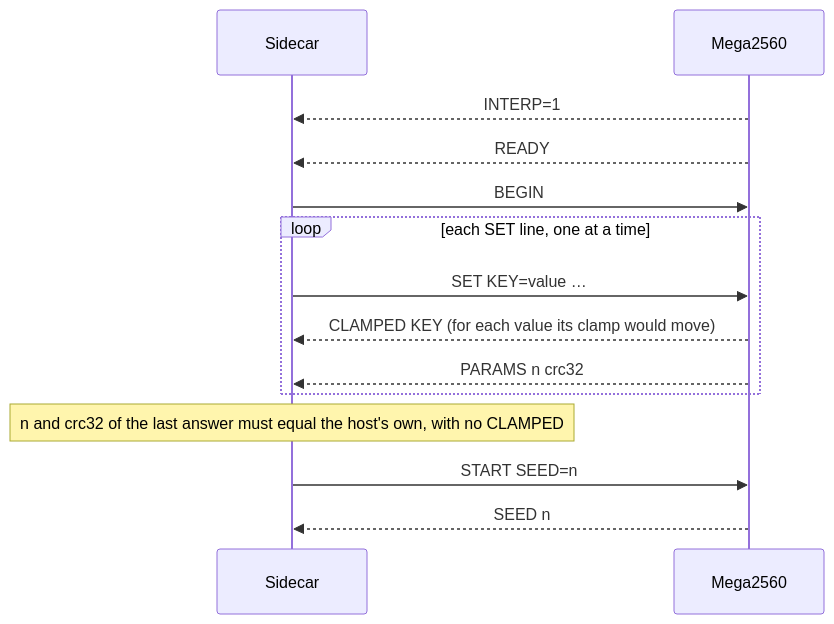
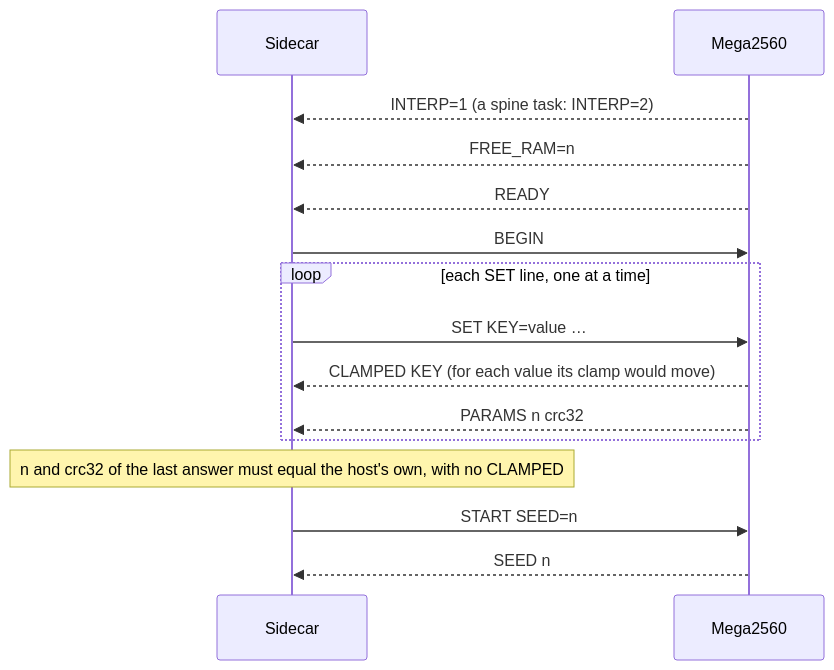
The sixth of 7 diagrams in docs/TASKS.md (Chase-NJ/Ephymeris), drawn with Mermaid before and after one commit. The commit also changed other lines of this file and 60 other files, not shown here.

First line of the commit message:
Run a minimal spine task on a box with no hand-written firmware (#137)

````diff
--- a/docs/TASKS.md
+++ b/docs/TASKS.md
@@ -910,16 +1029,17 @@
 ```mermaid
 sequenceDiagram
     participant Host as Sidecar
     participant Board as Mega2560
-    Board-->>Host: INTERP=1
+    Board-->>Host: INTERP=1 (a spine task: INTERP=2)
+    Board-->>Host: FREE_RAM=n
     Board-->>Host: READY
     Host->>Board: BEGIN
     loop each SET line, one at a time
         Host->>Board: SET KEY=value …
         Board-->>Host: CLAMPED KEY (for each value its clamp would move)
         Board-->>Host: PARAMS n crc32
     end
     Note over Host: n and crc32 of the last answer must equal the host's own, with no CLAMPED
     Host->>Board: START SEED=n
     Board-->>Host: SEED n
 ```
````
